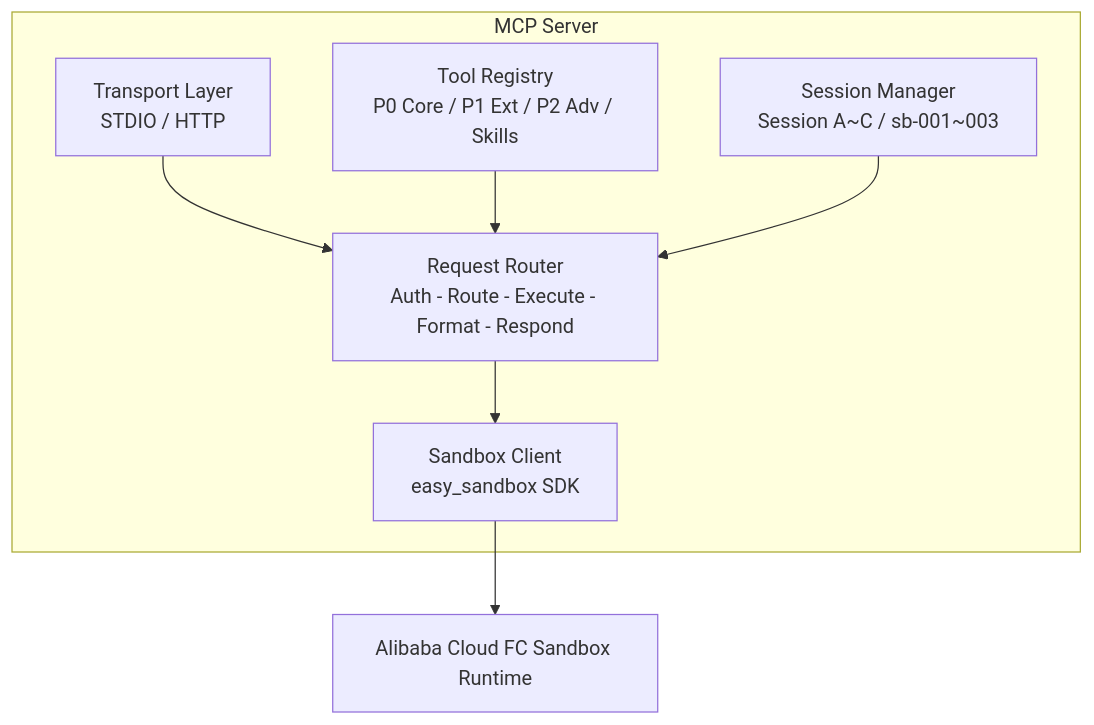
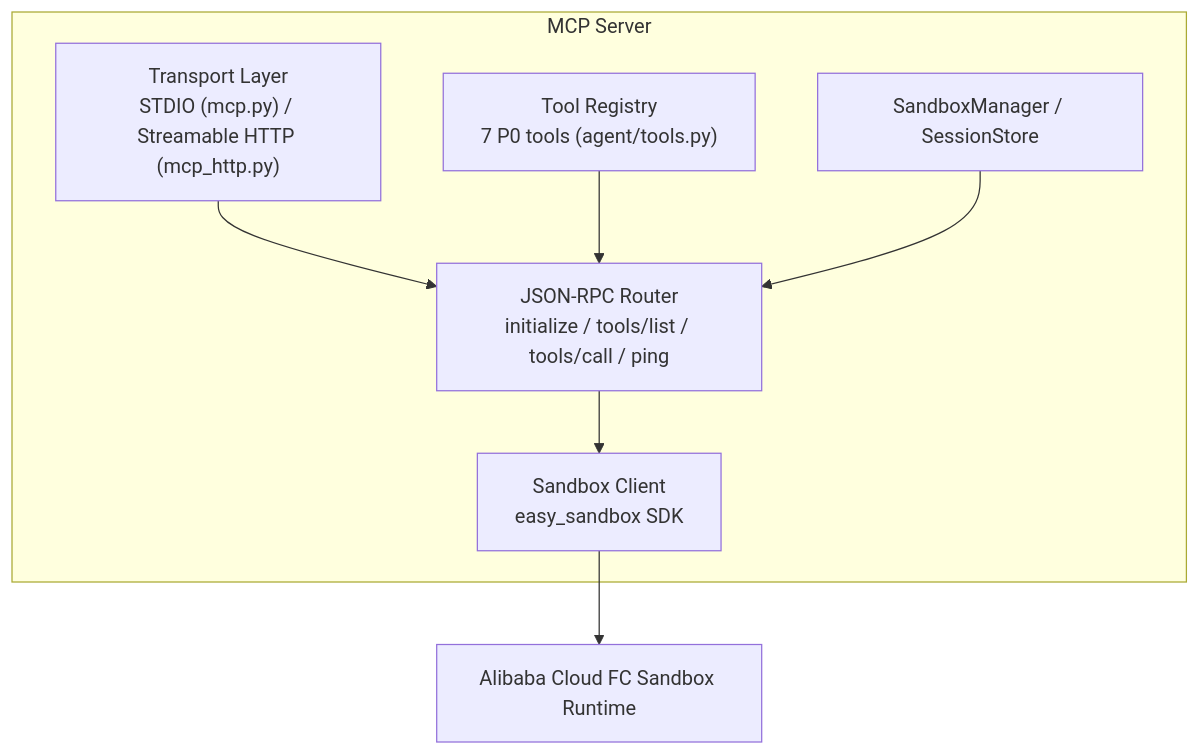
The fifth of 6 diagrams in docs/en/design/mcp-server.md (Easy-Sandbox/easy-sandbox), drawn with Mermaid before and after one commit. The commit also changed other lines of this file and 338 other files, not shown here.

````diff
--- a/docs/en/design/mcp-server.md
+++ b/docs/en/design/mcp-server.md
@@ -297,15 +307,15 @@
 ```mermaid
 graph TD
     subgraph MCP["MCP Server"]
-        TL["Transport Layer\nSTDIO / HTTP"]
-        TR["Tool Registry\nP0 Core / P1 Ext / P2 Adv / Skills"]
-        SM["Session Manager\nSession A~C / sb-001~003"]
-        RR["Request Router\nAuth - Route - Execute - Format - Respond"]
+        TL["Transport Layer\nSTDIO (mcp.py) / Streamable HTTP (mcp_http.py)"]
+        TR["Tool Registry\n7 P0 tools (agent/tools.py)"]
+        SM["SandboxManager / SessionStore"]
+        RR["JSON-RPC Router\ninitialize / tools/list / tools/call / ping"]
         SC["Sandbox Client\neasy_sandbox SDK"]
     end
     TL --> RR
     TR --> RR
     SM --> RR
     RR --> SC
     SC --> FC["Alibaba Cloud FC Sandbox Runtime"]
 ```
````
